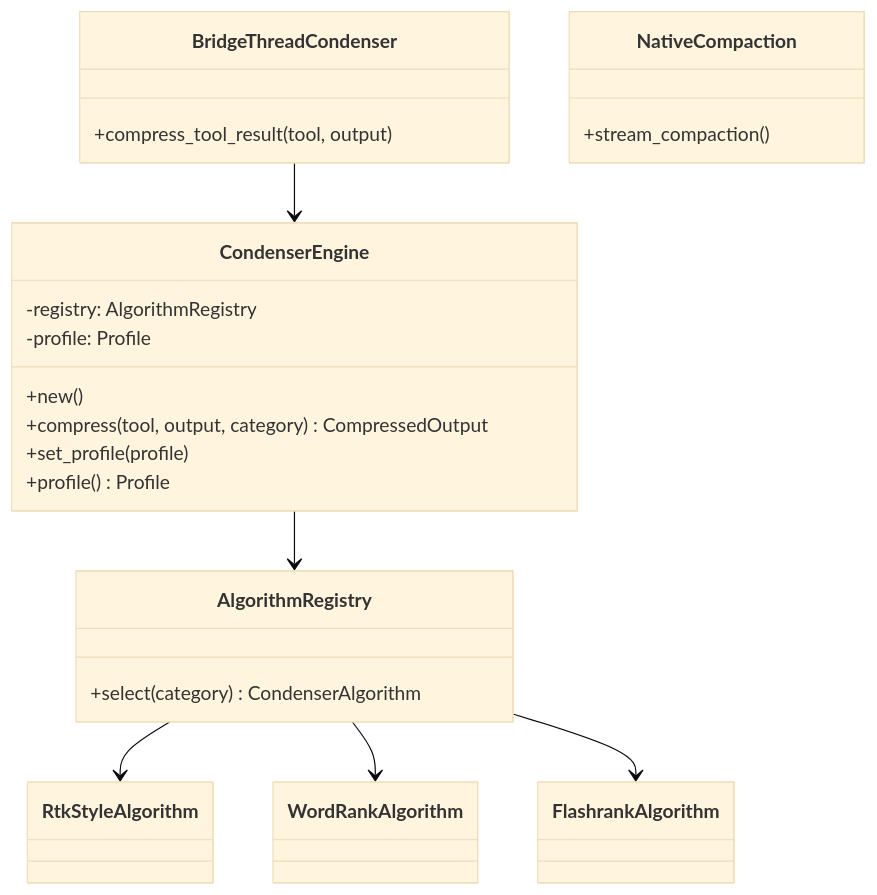
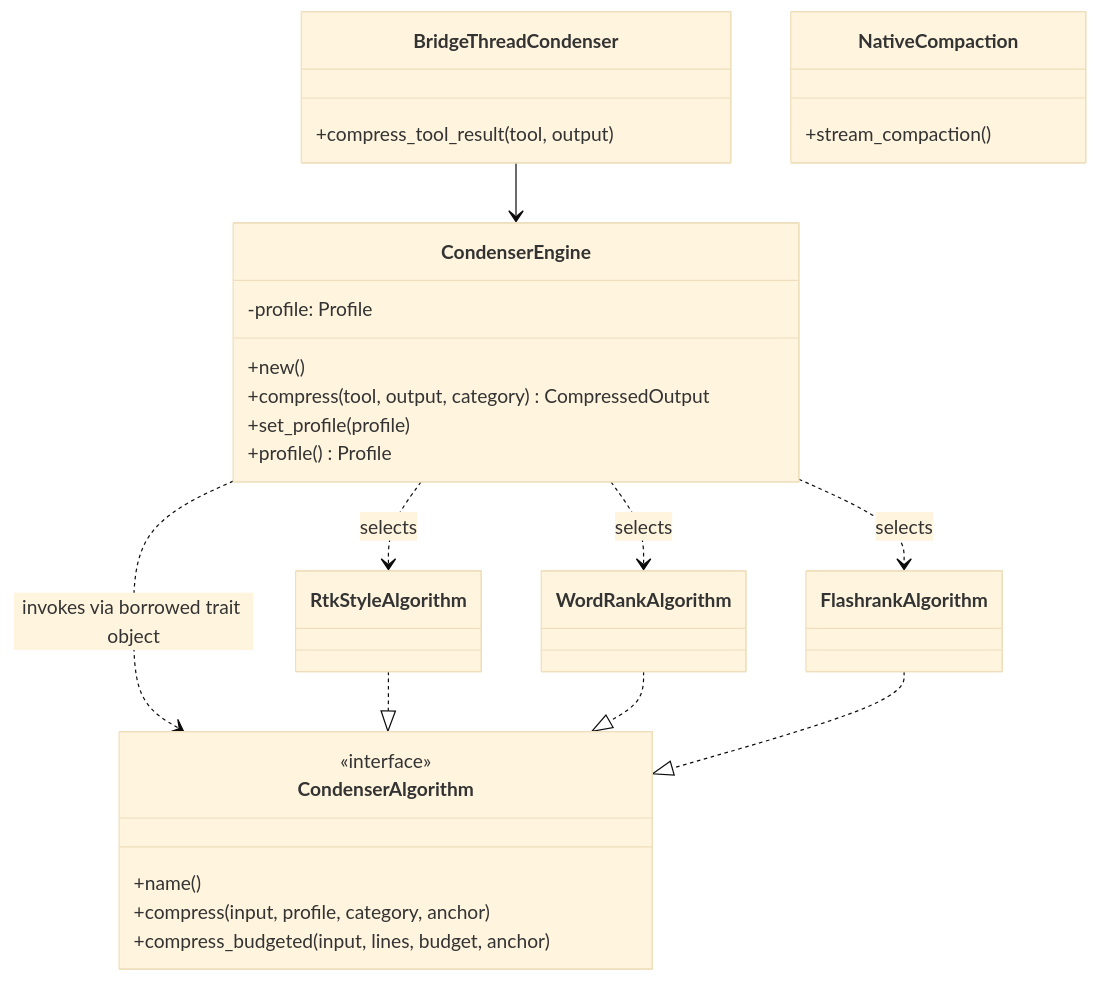
One commit to mdz-axo/zed-kask changed the first of 2 diagrams in kask/docs/diataxis/hkask-condenser/reference.md. Above: the diagram before and after it, drawn with Mermaid (base theme). The commit also changed other lines of this file and 43 other files, not shown here.

````diff
--- a/kask/docs/diataxis/hkask-condenser/reference.md
+++ b/kask/docs/diataxis/hkask-condenser/reference.md
@@ -31,28 +31,33 @@
 ```mermaid
 classDiagram
     class CondenserEngine {
-        -registry: AlgorithmRegistry
         -profile: Profile
         +new()
         +compress(tool, output, category) CompressedOutput
         +set_profile(profile)
         +profile() Profile
     }
-    class AlgorithmRegistry {
-        +select(category) CondenserAlgorithm
+    class CondenserAlgorithm {
+        <<interface>>
+        +name()
+        +compress(input, profile, category, anchor)
+        +compress_budgeted(input, lines, budget, anchor)
     }
     class RtkStyleAlgorithm
     class WordRankAlgorithm
     class FlashrankAlgorithm
     class BridgeThreadCondenser {
         +compress_tool_result(tool, output)
     }
     class NativeCompaction {
         +stream_compaction()
     }
-    CondenserEngine --> AlgorithmRegistry
-    AlgorithmRegistry --> RtkStyleAlgorithm
-    AlgorithmRegistry --> WordRankAlgorithm
-    AlgorithmRegistry --> FlashrankAlgorithm
+    CondenserEngine ..> RtkStyleAlgorithm : selects
+    CondenserEngine ..> WordRankAlgorithm : selects
+    CondenserEngine ..> FlashrankAlgorithm : selects
+    CondenserEngine ..> CondenserAlgorithm : invokes via borrowed trait object
+    RtkStyleAlgorithm ..|> CondenserAlgorithm
+    WordRankAlgorithm ..|> CondenserAlgorithm
+    FlashrankAlgorithm ..|> CondenserAlgorithm
     BridgeThreadCondenser --> CondenserEngine
 ```
````
